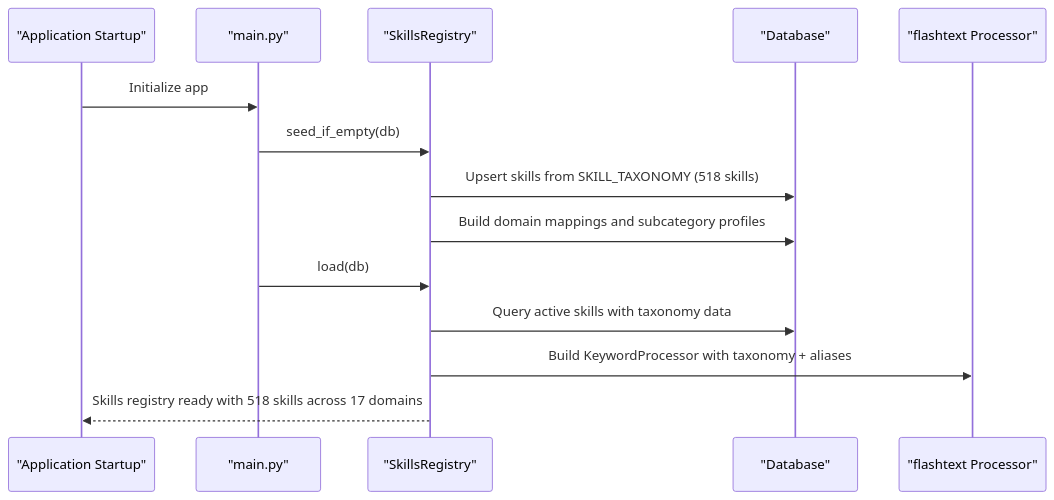
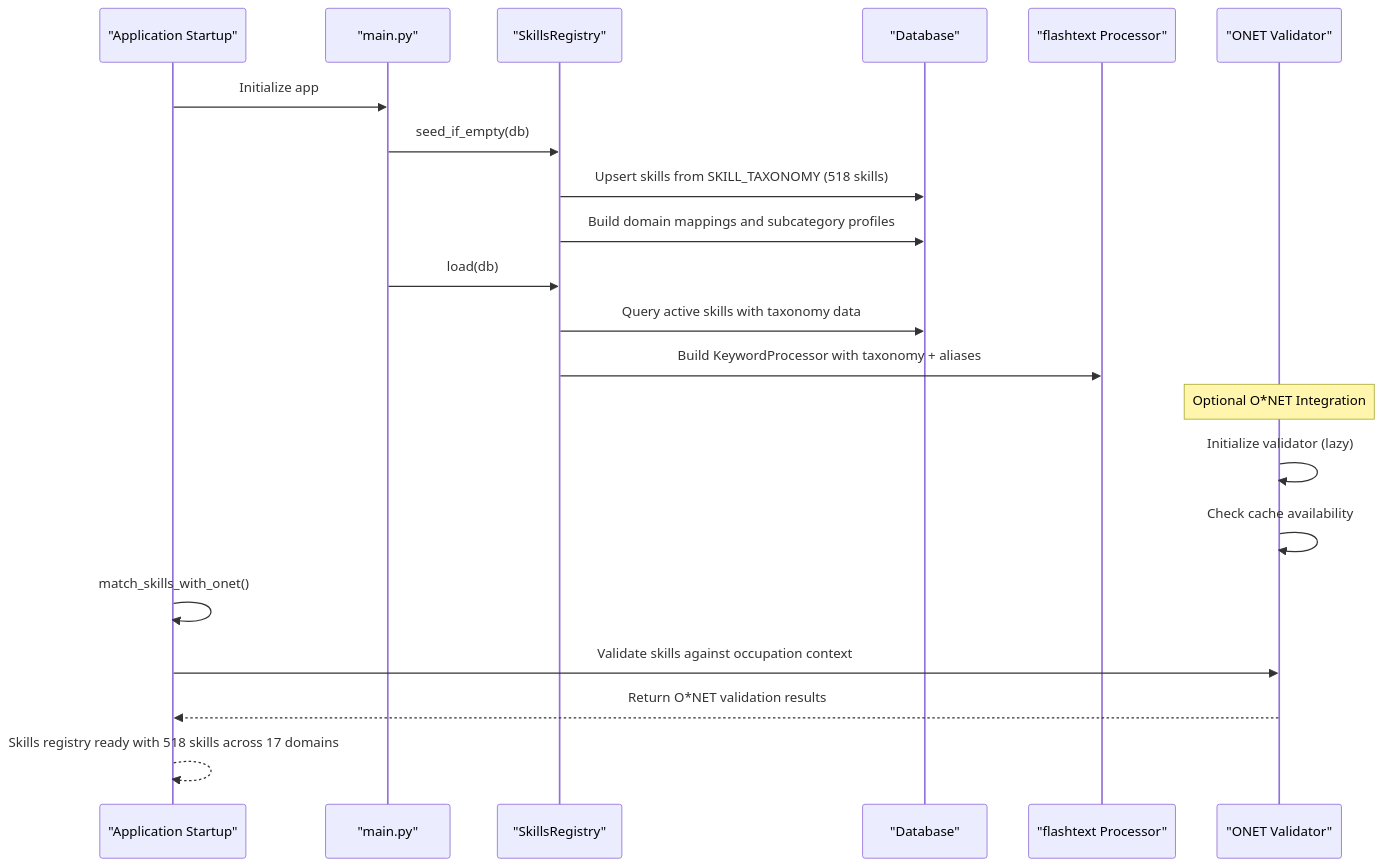
Before and after one commit to Revanththetalogics/aireume: the second of 6 diagrams in .qoder/repowiki/en/content/Advanced Topics/Skills Registry Extension.md, drawn with Mermaid. The commit also changed other lines of this file and 4 other files, not shown here.

Commit message:
integrate O*NET validation into hybrid and agent pipelines with graceful degradation

````diff
--- a/.qoder/repowiki/en/content/Advanced Topics/Skills Registry Extension.md
+++ b/.qoder/repowiki/en/content/Advanced Topics/Skills Registry Extension.md
@@ -116,16 +153,23 @@
 ```mermaid
 sequenceDiagram
 participant APP as "Application Startup"
 participant MAIN as "main.py"
 participant SR as "SkillsRegistry"
 participant DB as "Database"
 participant REG as "flashtext Processor"
+participant ONET as "ONET Validator"
 APP->>MAIN : Initialize app
 MAIN->>SR : seed_if_empty(db)
 SR->>DB : Upsert skills from SKILL_TAXONOMY (518 skills)
 SR->>DB : Build domain mappings and subcategory profiles
 MAIN->>SR : load(db)
 SR->>DB : Query active skills with taxonomy data
 SR->>REG : Build KeywordProcessor with taxonomy + aliases
-SR-->>APP : Skills registry ready with 518 skills across 17 domains
+Note over ONET : Optional O*NET Integration
+ONET->>ONET : Initialize validator (lazy)
+ONET->>ONET : Check cache availability
+APP->>APP : match_skills_with_onet()
+APP->>ONET : Validate skills against occupation context
+ONET-->>APP : Return O*NET validation results
+APP-->>APP : Skills registry ready with 518 skills across 17 domains
 ```
````
